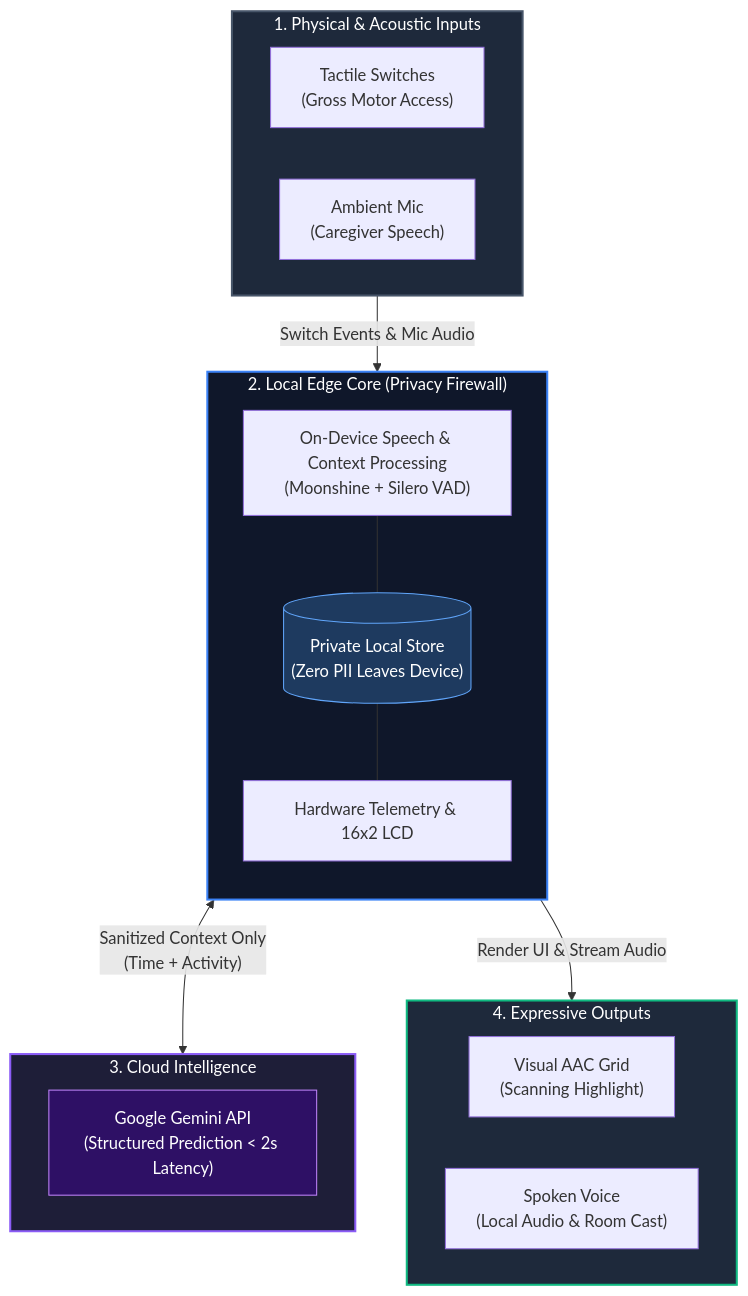
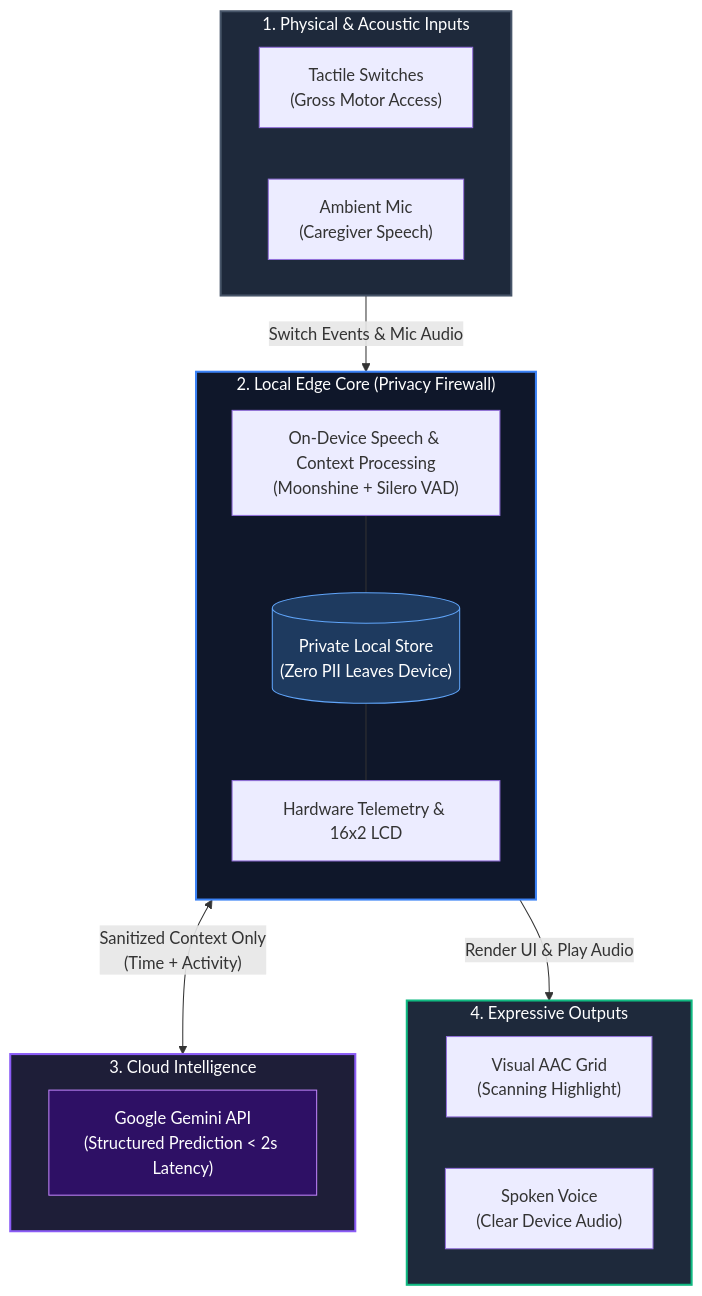
One commit to kali-mari/HackPrincetonFall2026 changed the diagram in README.md. Above: the diagram before and after it, drawn with Mermaid. The commit also changed other lines of this file, not shown here.

````diff
--- a/README.md
+++ b/README.md
@@ -69,45 +68,45 @@
 ```mermaid
 flowchart TD
     %% 1. Inputs
     subgraph Inputs ["1. Physical & Acoustic Inputs"]
         direction LR
         SW["Tactile Switches\n(Gross Motor Access)"]
         MIC["Ambient Mic\n(Caregiver Speech)"]
     end
 
     %% 2. Edge Core
     subgraph EdgeCore ["2. Local Edge Core (Privacy Firewall)"]
         direction TB
         LOCAL_AI["On-Device Speech & Context Processing\n(Moonshine + Silero VAD)"]
         PRIVACY[("Private Local Store\n(Zero PII Leaves Device)")]
         TELEMETRY["Hardware Telemetry & 16x2 LCD"]
         
         LOCAL_AI --- PRIVACY
         PRIVACY --- TELEMETRY
     end
 
     %% 3. Cloud Intelligence
     subgraph CloudAI ["3. Cloud Intelligence"]
         GEMINI["Google Gemini API\n(Structured Prediction < 2s Latency)"]
     end
 
     %% 4. Outputs
     subgraph Outputs ["4. Expressive Outputs"]
         direction LR
         DISPLAY["Visual AAC Grid\n(Scanning Highlight)"]
-        SPEECH["Spoken Voice\n(Local Audio & Room Cast)"]
+        SPEECH["Spoken Voice\n(Clear Device Audio)"]
     end
 
     %% Vertical Data Flow
     Inputs -->|Switch Events & Mic Audio| EdgeCore
     EdgeCore <-->|"Sanitized Context Only\n(Time + Activity)"| CloudAI
-    EdgeCore -->|Render UI & Stream Audio| Outputs
+    EdgeCore -->|Render UI & Play Audio| Outputs
 
     %% Presentation Styling
     style Inputs fill:#1e293b,stroke:#475569,stroke-width:2px,color:#fff
     style EdgeCore fill:#0f172a,stroke:#3b82f6,stroke-width:2px,color:#fff
     style CloudAI fill:#1e1e38,stroke:#8b5cf6,stroke-width:2px,color:#fff
     style Outputs fill:#1e293b,stroke:#10b981,stroke-width:2px,color:#fff
     style PRIVACY fill:#1e3a5f,stroke:#60a5fa,stroke-width:1px,color:#fff
     style GEMINI fill:#2e1065,stroke:#c084fc,stroke-width:1px,color:#fff
 ```
````
